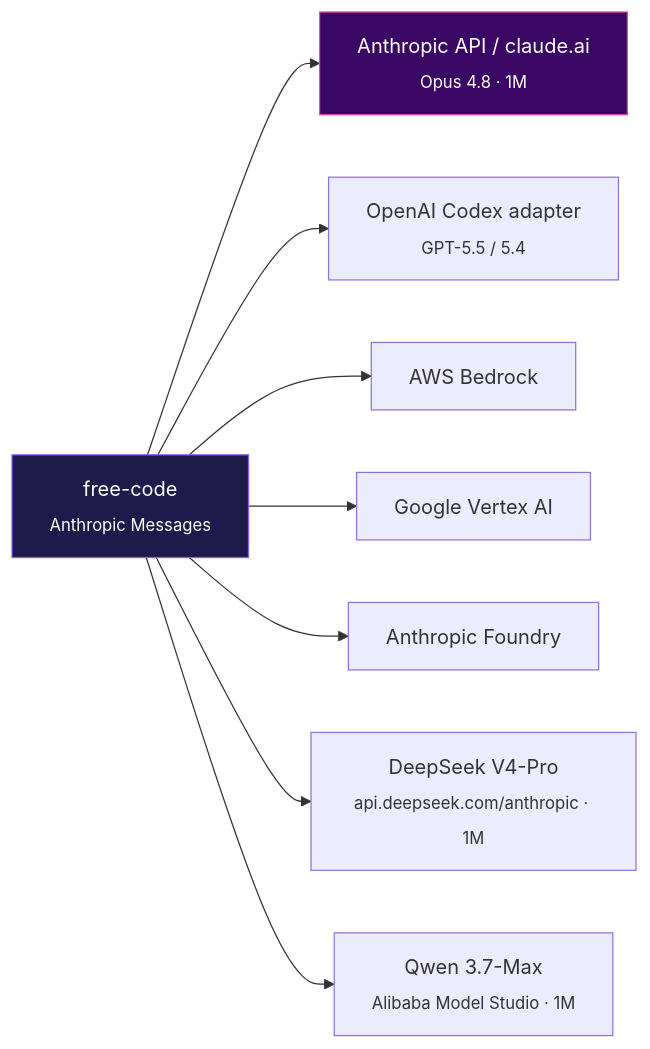
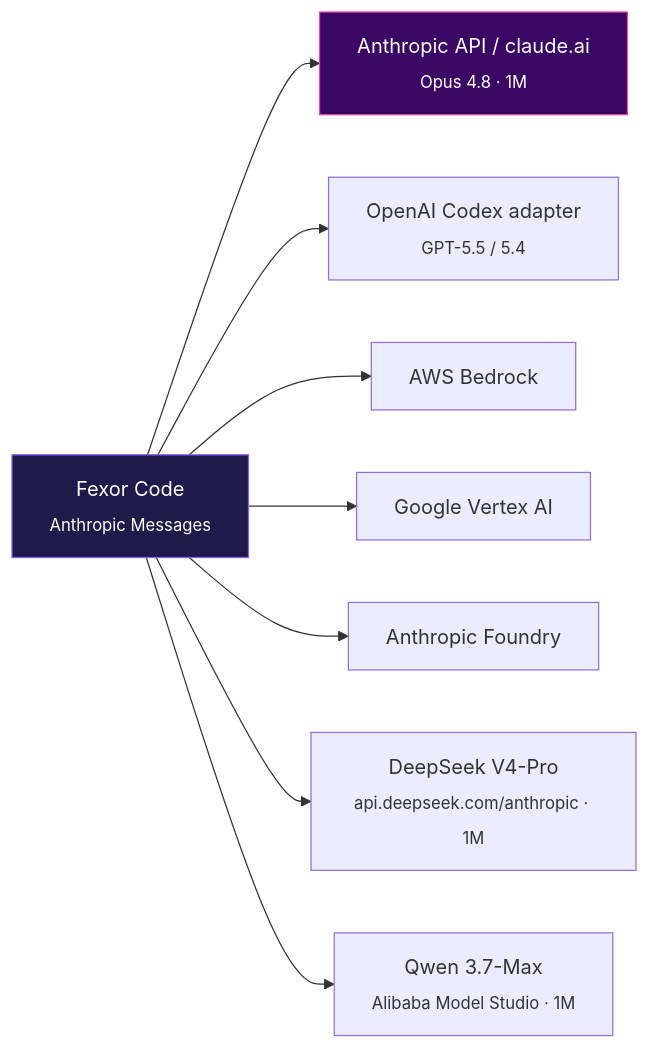
The fourth of 4 diagrams in README.md (jennofrie/fexor-code), drawn with Mermaid before and after one commit. The commit also changed other lines of this file and 25 other files, not shown here.

First line of the commit message:
chore: rename project to Fexor Code

````diff
--- a/README.md
+++ b/README.md
@@ -145,14 +145,14 @@
 ```mermaid
 flowchart LR
-    APP["free-code<br/><sub>Anthropic Messages</sub>"]
+    APP["Fexor Code<br/><sub>Anthropic Messages</sub>"]
     APP --> ANT["Anthropic API / claude.ai<br/><sub>Opus 4.8 · 1M</sub>"]
     APP --> CODEX["OpenAI Codex adapter<br/><sub>GPT-5.5 / 5.4</sub>"]
     APP --> BR["AWS Bedrock"]
     APP --> VX["Google Vertex AI"]
     APP --> FD["Anthropic Foundry"]
     APP --> DS["DeepSeek V4-Pro<br/><sub>api.deepseek.com/anthropic · 1M</sub>"]
     APP --> QW["Qwen 3.7-Max<br/><sub>Alibaba Model Studio · 1M</sub>"]
 
     style APP fill:#1e1b4b,stroke:#8b5cf6,color:#fff
     style ANT fill:#3b0764,stroke:#ec4899,color:#fff
 ```
````
